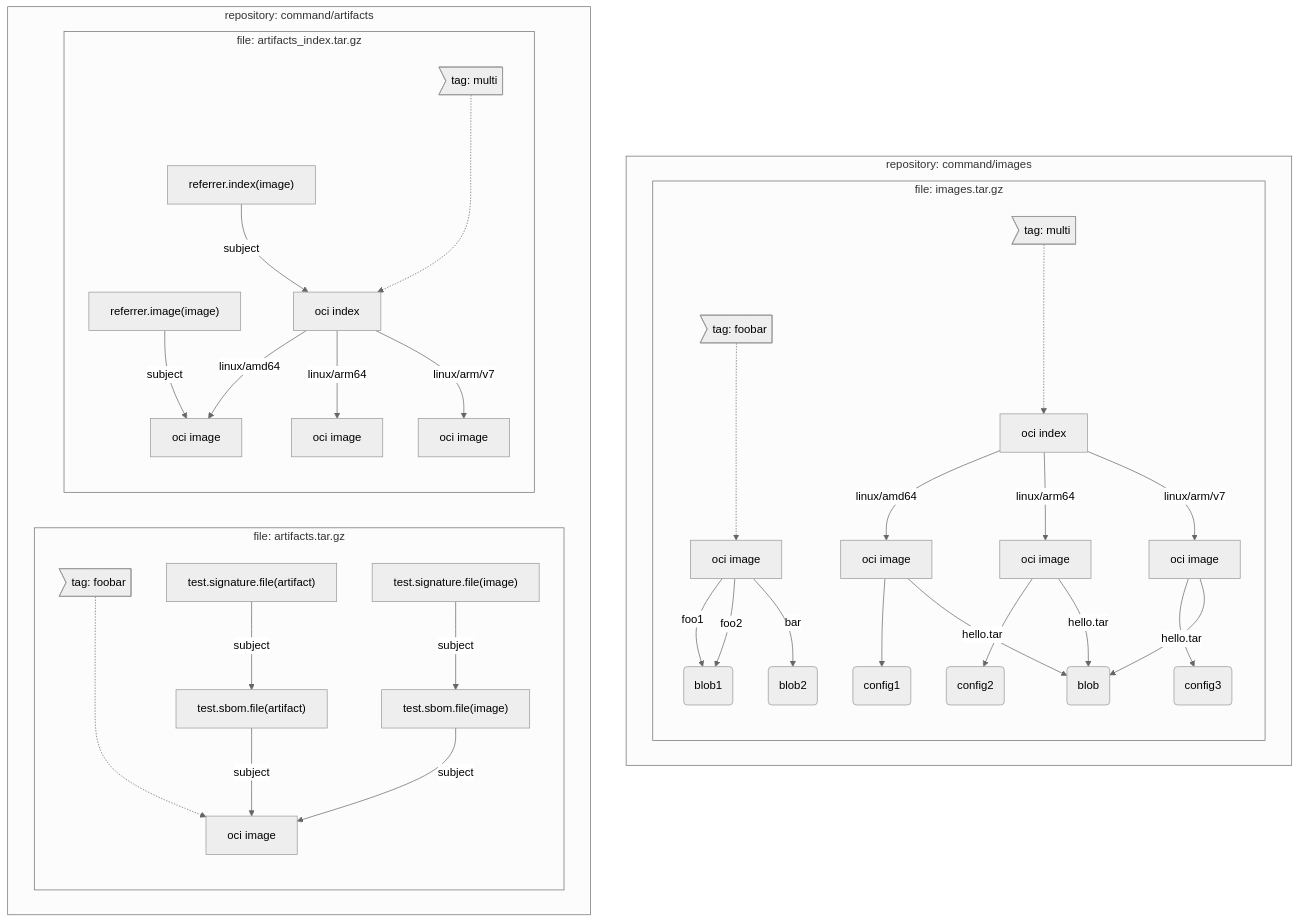
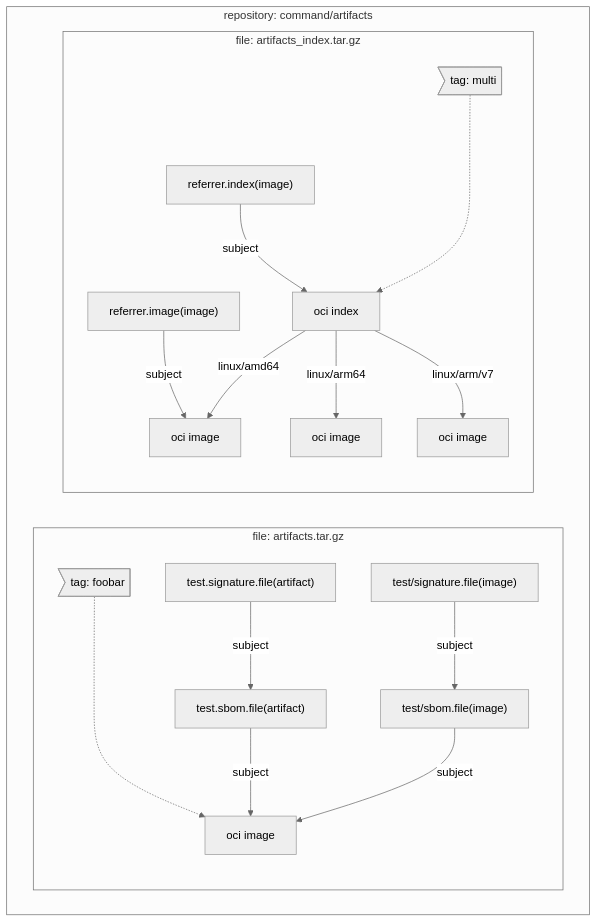
Before and after one commit to oras-project/oras: the second of 5 diagrams in test/e2e/README.md, drawn with Mermaid (neutral theme). The commit also changed other lines of this file, not shown here.

Commit message:
test(e2e): add doc for ZOT test data (#1100)

````diff
--- a/test/e2e/README.md
+++ b/test/e2e/README.md
@@ -84,46 +108,25 @@
 ```mermaid
 graph TD;
-    subgraph "repository: command/images"
-        subgraph "file: images.tar.gz"
-            direction TB
-            A0>tag: multi]-..->A1[oci index]
-            A1--linux/amd64-->A2[oci image]
-            A1--linux/arm64-->A3[oci image]
-            A1--linux/arm/v7-->A4[oci image]
-            A2-->A5(config1)
-            A3-->A6(config2)
-            A4-->A7(config3)
-            A2-- hello.tar -->A8(blob)
-            A3-- hello.tar -->A8(blob)
-            A4-- hello.tar -->A8(blob)
-
-            B0>tag: foobar]-..->B1[oci image]
-            B1-- foo1 -->B2(blob1)
-            B1-- foo2 -->B2(blob1)
-            B1-- bar -->B3(blob2)
-        end
+subgraph "repository: command/artifacts"
+    subgraph "file: artifacts.tar.gz"
+        direction TB
+        C0>tag: foobar]-..->C1[oci image]
+        
+        direction TB
+        E1["test.sbom.file(artifact)"] -- subject --> C1
+        E2["test.signature.file(artifact)"] -- subject --> E1
+        direction TB
+        D1["test/sbom.file(image)"] -- subject --> C1
+        D2["test/signature.file(image)"] -- subject --> D1
     end
-    
-    subgraph "repository: command/artifacts"
-        subgraph "file: artifacts.tar.gz"
-            direction TB
-            C0>tag: foobar]-..->C1[oci image]
-            
-            direction TB
-            E1["test.sbom.file(artifact)"] -- subject --> C1
-            E2["test.signature.file(artifact)"] -- subject --> E1
-            direction TB
-            D1["test.sbom.file(image)"] -- subject --> C1
-            D2["test.signature.file(image)"] -- subject --> D1
-        end
-        subgraph "file: artifacts_index.tar.gz"
-            direction TB
-            F0>tag: multi]-..->F1[oci index]
-            F1--linux/amd64-->F2[oci image]
-            F1--linux/arm64-->F3[oci image]
-            F1--linux/arm/v7-->F4[oci image]
-            G1["referrer.index(image)"] -- subject --> F1
-            G2["referrer.image(image)"] -- subject --> F2
-        end
+    subgraph "file: artifacts_index.tar.gz"
+        direction TB
+        F0>tag: multi]-..->F1[oci index]
+        F1--linux/amd64-->F2[oci image]
+        F1--linux/arm64-->F3[oci image]
+        F1--linux/arm/v7-->F4[oci image]
+        G1["referrer.index(image)"] -- subject --> F1
+        G2["referrer.image(image)"] -- subject --> F2
     end
+end
 ```
````
